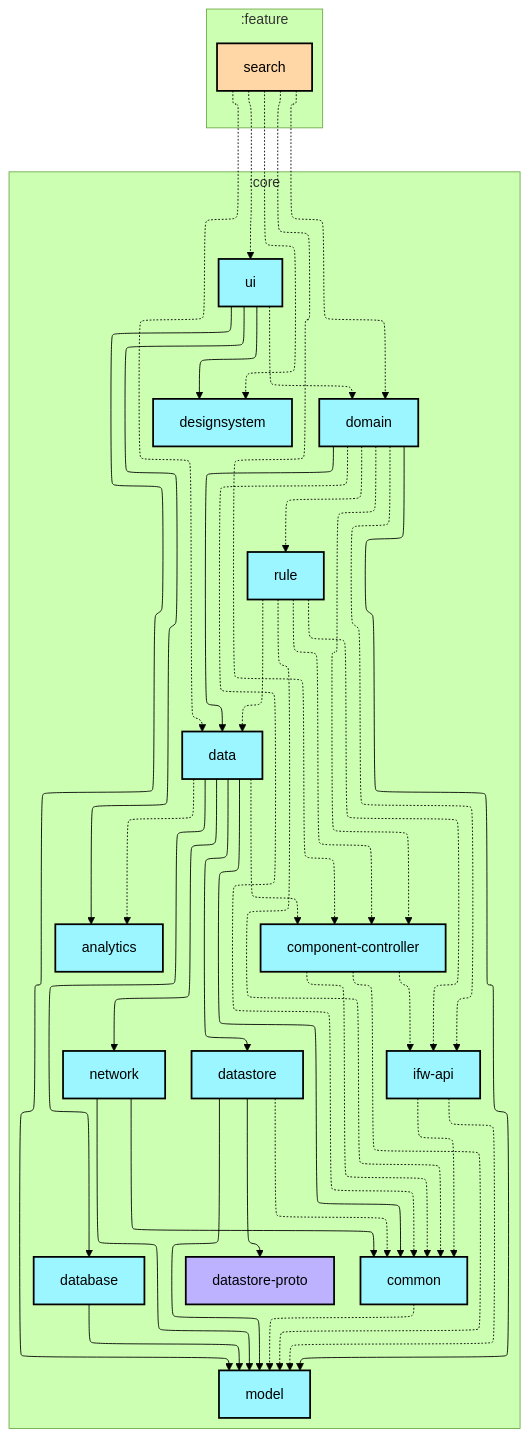
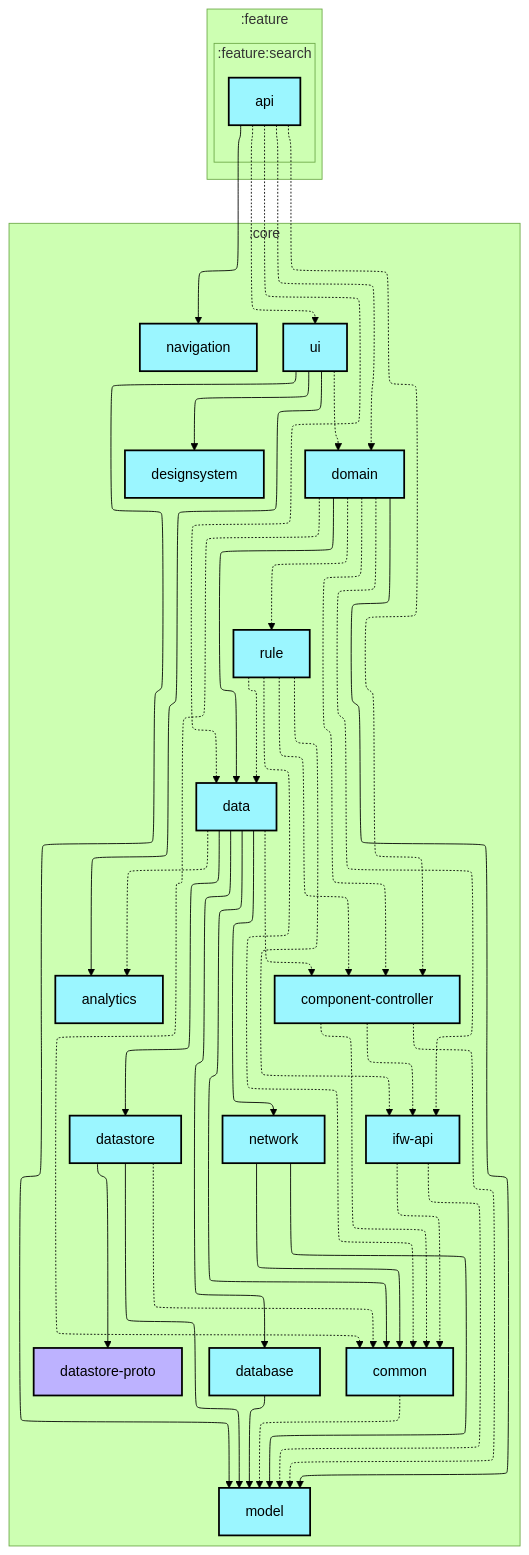
Before and after one commit to lihenggui/blocker: the first of 2 diagrams in feature/search/api/README.md, drawn with Mermaid (forest theme). The commit also changed 15 other files, not shown here.

Commit message:
🤖 Updates graphs

````diff
--- a/feature/search/api/README.md
+++ b/feature/search/api/README.md
@@ -6,75 +6,79 @@
 ```mermaid
 ---
 config:
   layout: elk
   elk:
     nodePlacementStrategy: SIMPLE
 ---
 graph TB
   subgraph :feature
     direction TB
-    :feature:search[search]:::android-feature
+    subgraph :feature:search
+      direction TB
+      :feature:search:api[api]:::android-library
+    end
   end
   subgraph :core
     direction TB
     :core:analytics[analytics]:::android-library
     :core:common[common]:::android-library
     :core:component-controller[component-controller]:::android-library
     :core:data[data]:::android-library
     :core:database[database]:::android-library
     :core:datastore[datastore]:::android-library
     :core:datastore-proto[datastore-proto]:::jvm-library
     :core:designsystem[designsystem]:::android-library
     :core:domain[domain]:::android-library
     :core:ifw-api[ifw-api]:::android-library
     :core:model[model]:::android-library
+    :core:navigation[navigation]:::android-library
     :core:network[network]:::android-library
     :core:rule[rule]:::android-library
     :core:ui[ui]:::android-library
   end
 
   :core:common -.-> :core:model
   :core:component-controller -.-> :core:common
   :core:component-controller -.-> :core:ifw-api
   :core:component-controller -.-> :core:model
   :core:data -.-> :core:analytics
   :core:data --> :core:common
   :core:data -.-> :core:component-controller
   :core:data --> :core:database
   :core:data --> :core:datastore
   :core:data --> :core:network
   :core:database --> :core:model
   :core:datastore -.-> :core:common
   :core:datastore --> :core:datastore-proto
   :core:datastore --> :core:model
   :core:domain -.-> :core:common
   :core:domain -.-> :core:component-controller
   :core:domain --> :core:data
   :core:domain -.-> :core:ifw-api
   :core:domain --> :core:model
   :core:domain -.-> :core:rule
   :core:ifw-api -.-> :core:common
   :core:ifw-api -.-> :core:model
   :core:network --> :core:common
   :core:network --> :core:model
   :core:rule -.-> :core:common
   :core:rule -.-> :core:component-controller
   :core:rule -.-> :core:data
   :core:rule -.-> :core:ifw-api
   :core:ui --> :core:analytics
   :core:ui --> :core:designsystem
   :core:ui -.-> :core:domain
   :core:ui --> :core:model
-  :feature:search -.-> :core:component-controller
-  :feature:search -.-> :core:data
-  :feature:search -.-> :core:designsystem
-  :feature:search -.-> :core:domain
-  :feature:search -.-> :core:ui
+  :feature:search:api -.-> :core:component-controller
+  :feature:search:api -.-> :core:data
+  :feature:search:api -.-> :core:domain
+  :feature:search:api --> :core:navigation
+  :feature:search:api -.-> :core:ui
 
 classDef android-application fill:#CAFFBF,stroke:#000,stroke-width:2px,color:#000;
 classDef android-feature fill:#FFD6A5,stroke:#000,stroke-width:2px,color:#000;
 classDef android-library fill:#9BF6FF,stroke:#000,stroke-width:2px,color:#000;
 classDef android-test fill:#A0C4FF,stroke:#000,stroke-width:2px,color:#000;
 classDef jvm-library fill:#BDB2FF,stroke:#000,stroke-width:2px,color:#000;
 classDef unknown fill:#FFADAD,stroke:#000,stroke-width:2px,color:#000;
 ```
````
